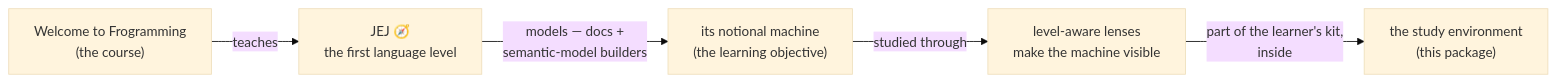
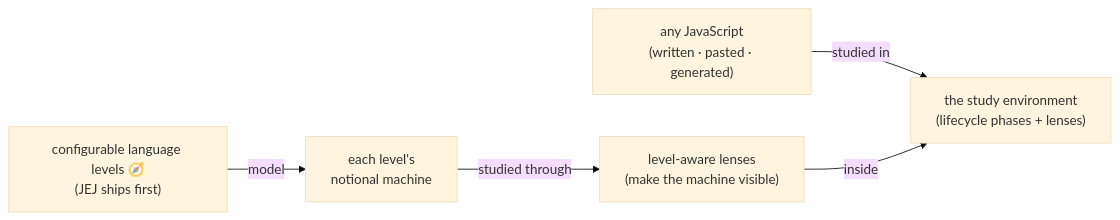
One commit to codeschoolinabox/curricula changed the first of 4 diagrams in src/lib/study-lenses/README.md. Above: the diagram before and after it, drawn with Mermaid (base theme). The commit also changed other lines of this file and 1 other file, not shown here.

Commit message:
docs: reframe the story to package scope, restore the layer table, and fix mermaid edge labels

````diff
--- a/src/lib/study-lenses/README.md
+++ b/src/lib/study-lenses/README.md
@@ -26,12 +32,12 @@
 ```mermaid
 flowchart LR
-    course["Welcome to Frogramming<br/>(the course)"]
-    jej["JEJ 🧭<br/>the first language level"]
-    nm["its notional machine<br/>(the learning objective)"]
-    study["level-aware lenses<br/>make the machine visible"]
-    env["the study environment<br/>(this package)"]
-    course -->|teaches| jej
-    jej -->|"models — docs +<br/>semantic-model builders"| nm
+    js["any JavaScript<br/>(written · pasted · generated)"]
+    env["the study environment<br/>(lifecycle phases + lenses)"]
+    levels["configurable language levels 🧭<br/>(JEJ ships first)"]
+    nm["each level's<br/>notional machine"]
+    study["level-aware lenses<br/>(make the machine visible)"]
+    js -->|"studied in"| env
+    levels -->|"model"| nm
     nm -->|"studied through"| study
-    study -->|"part of the learner's kit,<br/>inside"| env
+    study -->|"inside"| env
 ```
````
